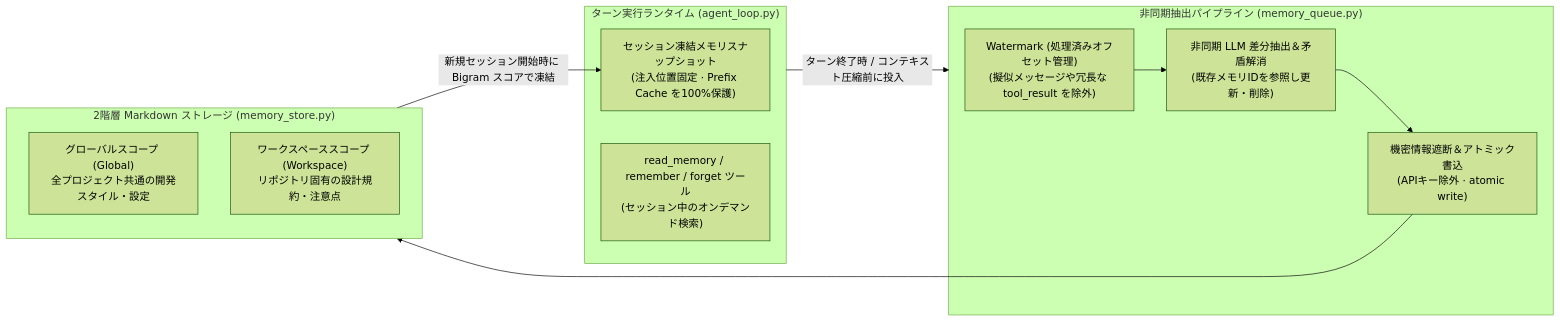
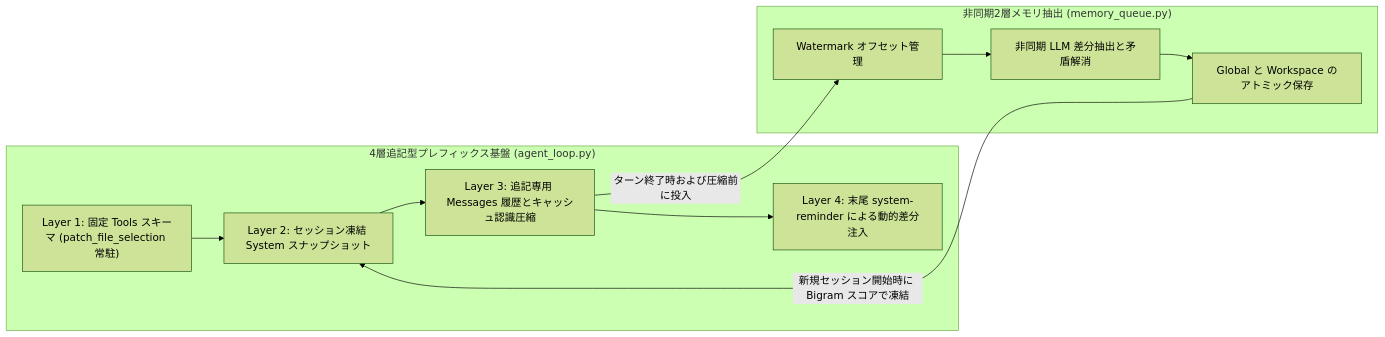
Before and after one commit to HelmAgent/Helm_website: the first of 2 diagrams in docs/ja/architecture/memory-and-rag.md, drawn with Mermaid (forest theme). The commit also changed other lines of this file and 27 other files, not shown here.

Commit message:
docs(architecture): update memory and RAG documentation to reflect new four-layer prefix cache architecture and performance metrics; revise multi-agent team structure for enhanced clarity and functionality

````diff
--- a/docs/ja/architecture/memory-and-rag.md
+++ b/docs/ja/architecture/memory-and-rag.md
@@ -22,23 +25,20 @@
 ```mermaid
 flowchart LR
-  subgraph TurnRuntime["ターン実行ランタイム (agent_loop.py)"]
-    FrozenSnap["セッション凍結メモリスナップショット<br/>(注入位置固定 · Prefix Cache を100%保護)"]
-    ReadMemTool["read_memory / remember / forget ツール<br/>(セッション中のオンデマンド検索)"]
+  subgraph PrefixEngine["4層追記型プレフィックス基盤 (agent_loop.py)"]
+    L1["Layer 1: 固定 Tools スキーマ (patch_file_selection 常駐)"]
+    L2["Layer 2: セッション凍結 System スナップショット"]
+    L3["Layer 3: 追記専用 Messages 履歴とキャッシュ認識圧縮"]
+    L4["Layer 4: 末尾 system-reminder による動的差分注入"]
+    L1 --> L2 --> L3 --> L4
   end
 
-  subgraph AsyncPipeline["非同期抽出パイプライン (memory_queue.py)"]
-    Watermark["Watermark (処理済みオフセット管理)<br/>(擬似メッセージや冗長な tool_result を除外)"]
-    Extractor["非同期 LLM 差分抽出＆矛盾解消<br/>(既存メモリIDを参照し更新・削除)"]
-    Sanitizer["機密情報遮断＆アトミック書込<br/>(APIキー除外 · atomic write)"]
-    Watermark --> Extractor --> Sanitizer
+  subgraph AsyncMemory["非同期2層メモリ抽出 (memory_queue.py)"]
+    Watermark["Watermark オフセット管理"]
+    Extractor["非同期 LLM 差分抽出と矛盾解消"]
+    Storage["Global と Workspace のアトミック保存"]
+    Watermark --> Extractor --> Storage
   end
 
-  subgraph Storage["2階層 Markdown ストレージ (memory_store.py)"]
-    GlobalScope["グローバルスコープ (Global)<br/>全プロジェクト共通の開発スタイル・設定"]
-    WorkspaceScope["ワークスペーススコープ (Workspace)<br/>リポジトリ固有の設計規約・注意点"]
-  end
-
-  TurnRuntime -- "ターン終了時 / コンテキスト圧縮前に投入" --> AsyncPipeline
-  Sanitizer --> Storage
-  Storage -- "新規セッション開始時に Bigram スコアで凍結" --> FrozenSnap
+  L3 -- "ターン終了時および圧縮前に投入" --> Watermark
+  Storage -- "新規セッション開始時に Bigram スコアで凍結" --> L2
 ```
````
